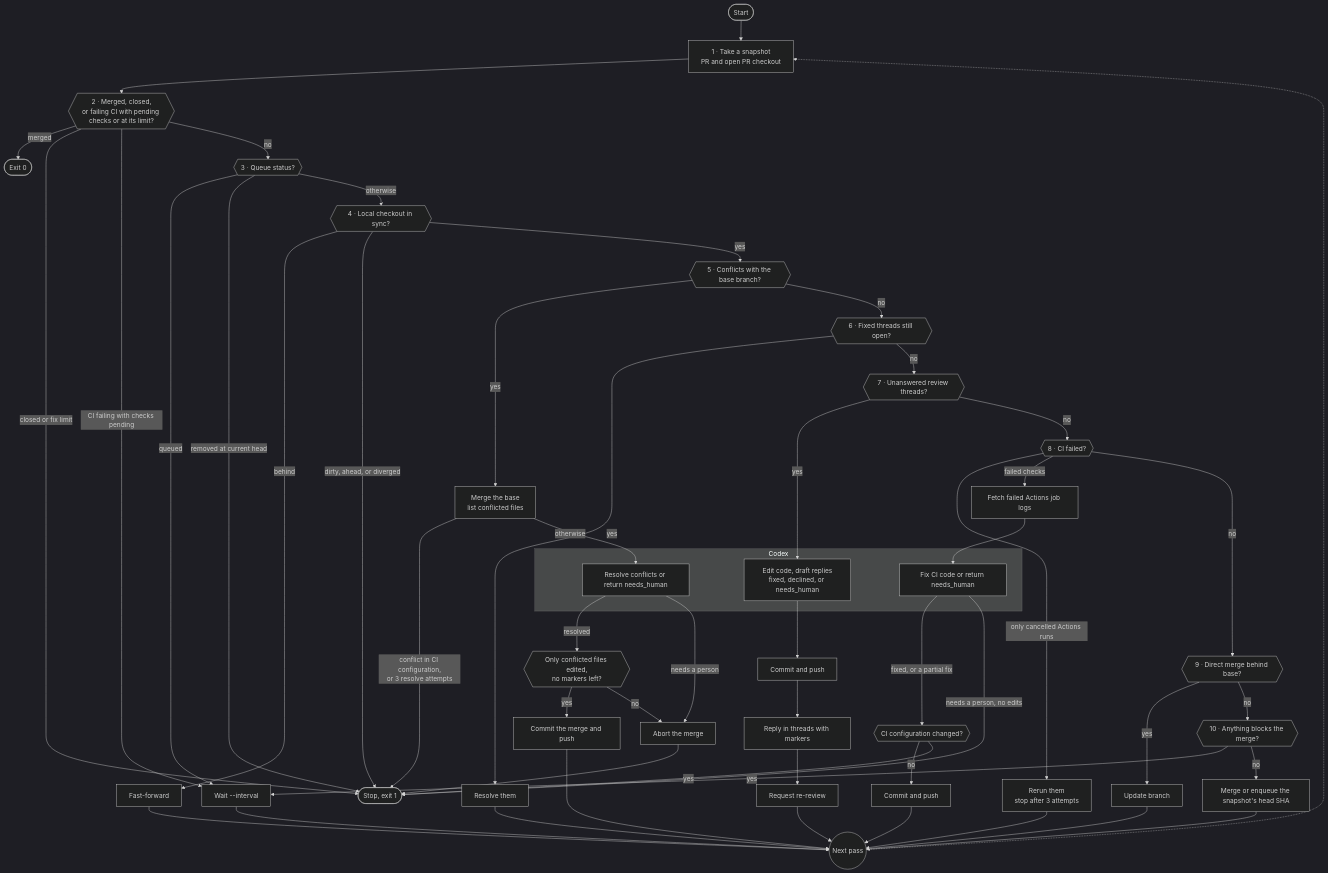
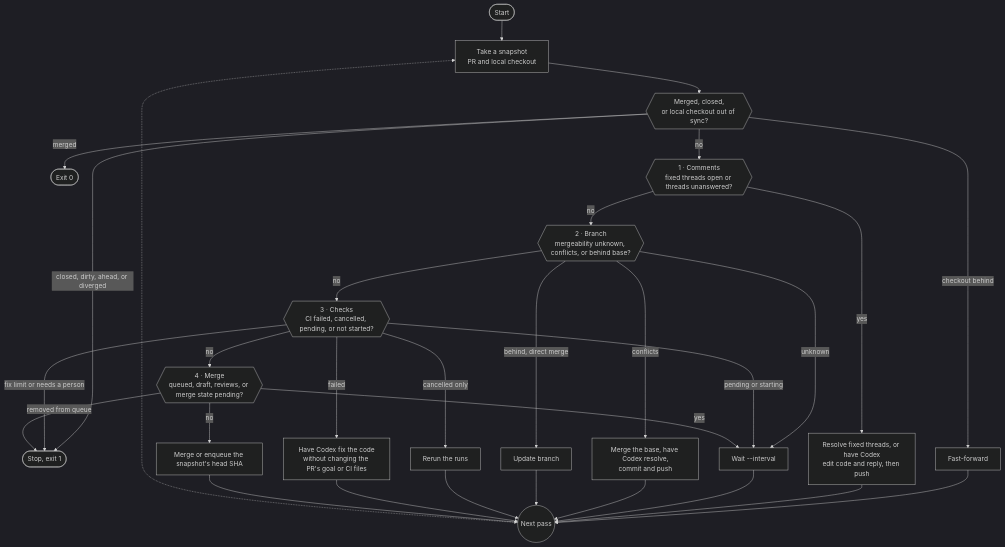
The diagram in README.md (vikrrantshah/baby-sitter), drawn with Mermaid (dark theme) before and after one commit. The commit also changed other lines of this file and 2 other files, not shown here.

Commit message:
feat: babysit in four ordered phases
- A PR moves through Comments, Branch, Checks, and Merge in that order. A phase starts only when every earlier phase is complete, and every pass re-checks from the top, so a new review comment while queued or a base branch that moves during CI sends the run back to that phase.
- `RULES` groups rules as preconditions and phases. `--gates` reports every phase after the first incomplete one as pending; wire keys and order are unchanged.
- Mergeability that GitHub has not computed yet is a Branch wait. Waiting on reviewers and unresolved threads belongs to Merge, so CI never waits on approvals.
- The CI fix prompt tells Codex to keep the PR's purpose and return needs_human when the only fix would contradict it.

````diff
--- a/README.md
+++ b/README.md
@@ -75,45 +77,24 @@
 ```mermaid
 flowchart TD
-  START([Start]) --> SNAP["1 · Take a snapshot<br/>PR and open PR checkout"]
-  SNAP --> T{{"2 · Merged, closed,<br/>or failing CI with pending checks or at its limit?"}}
-  T -- merged --> DONE([Exit 0])
-  T -- "closed or fix limit" --> STOP([Stop, exit 1])
-  T -- "CI failing with checks pending" --> WAIT["Wait --interval"] --> NEXT
-  T -- no --> Q{{"3 · Queue status?"}}
-  Q -- queued --> WAIT
-  Q -- "removed at current head" --> STOP
-  Q -- otherwise --> L{{"4 · Local checkout in sync?"}}
-  L -- behind --> FF["Fast-forward"] --> NEXT
-  L -- "dirty, ahead, or diverged" --> STOP
-  L -- yes --> MC{{"5 · Conflicts with the base branch?"}}
-  MC -- yes --> MB["Merge the base<br/>list conflicted files"]
-  MB -- "conflict in CI configuration,<br/>or 3 resolve attempts" --> STOP
-  MB -- otherwise --> CR
-  subgraph CODEX ["Codex"]
-    CR["Resolve conflicts or return needs_human"]
-    HC["Edit code, draft replies<br/>fixed, declined, or needs_human"]
-    FC["Fix CI code or return needs_human"]
-  end
-  CR -- resolved --> MG{{"Only conflicted files edited,<br/>no markers left?"}}
-  MG -- yes --> MP["Commit the merge and push"] --> NEXT
-  MG -- no --> ABORT["Abort the merge"] --> STOP
-  CR -- "needs a person" --> ABORT
-  MC -- no --> RF{{"6 · Fixed threads still open?"}}
-  RF -- yes --> RES["Resolve them"] --> NEXT
-  RF -- no --> UH{{"7 · Unanswered review threads?"}}
-  UH -- yes --> HC
-  HC --> PUSH["Commit and push"] --> REPLY["Reply in threads with markers"] --> RR["Request re-review"] --> NEXT
-  UH -- no --> CF{{"8 · CI failed?"}}
-  CF -- "only cancelled Actions runs" --> RERUN["Rerun them<br/>stop after 3 attempts"] --> NEXT
-  CF -- "failed checks" --> LOG["Fetch failed Actions job logs"] --> FC
-  FC -- "fixed, or a partial fix" --> GUARD{{"CI configuration changed?"}}
-  GUARD -- no --> CP["Commit and push"] --> NEXT
-  GUARD -- yes --> STOP
-  FC -- "needs a person, no edits" --> STOP
-  CF -- no --> BE{{"9 · Direct merge behind base?"}}
-  BE -- yes --> UP["Update branch"] --> NEXT
-  BE -- no --> G{{"10 · Anything blocks the merge?"}}
-  G -- yes --> WAIT
-  G -- no --> MERGE["Merge or enqueue the snapshot's head SHA"] --> NEXT
+  START([Start]) --> SNAP["Take a snapshot<br/>PR and local checkout"]
+  SNAP --> PRE{{"Merged, closed,<br/>or local checkout out of sync?"}}
+  PRE -- merged --> DONE([Exit 0])
+  PRE -- "closed, dirty, ahead, or diverged" --> STOP([Stop, exit 1])
+  PRE -- "checkout behind" --> FF["Fast-forward"] --> NEXT
+  PRE -- no --> C{{"1 · Comments<br/>fixed threads open or threads unanswered?"}}
+  C -- yes --> CA["Resolve fixed threads, or have Codex<br/>edit code and reply, then push"] --> NEXT
+  C -- no --> B{{"2 · Branch<br/>mergeability unknown, conflicts, or behind base?"}}
+  B -- unknown --> WAIT["Wait --interval"] --> NEXT
+  B -- conflicts --> BC["Merge the base, have Codex resolve,<br/>commit and push"] --> NEXT
+  B -- "behind, direct merge" --> BU["Update branch"] --> NEXT
+  B -- no --> K{{"3 · Checks<br/>CI failed, cancelled, pending, or not started?"}}
+  K -- "cancelled only" --> KR["Rerun the runs"] --> NEXT
+  K -- failed --> KF["Have Codex fix the code<br/>without changing the PR's goal or CI files"] --> NEXT
+  K -- "pending or starting" --> WAIT
+  K -- "fix limit or needs a person" --> STOP
+  K -- no --> M{{"4 · Merge<br/>queued, draft, reviews, or merge state pending?"}}
+  M -- yes --> WAIT
+  M -- "removed from queue" --> STOP
+  M -- no --> MERGE["Merge or enqueue the snapshot's head SHA"] --> NEXT
   NEXT(("Next pass")) -.-> SNAP
 ```
````
